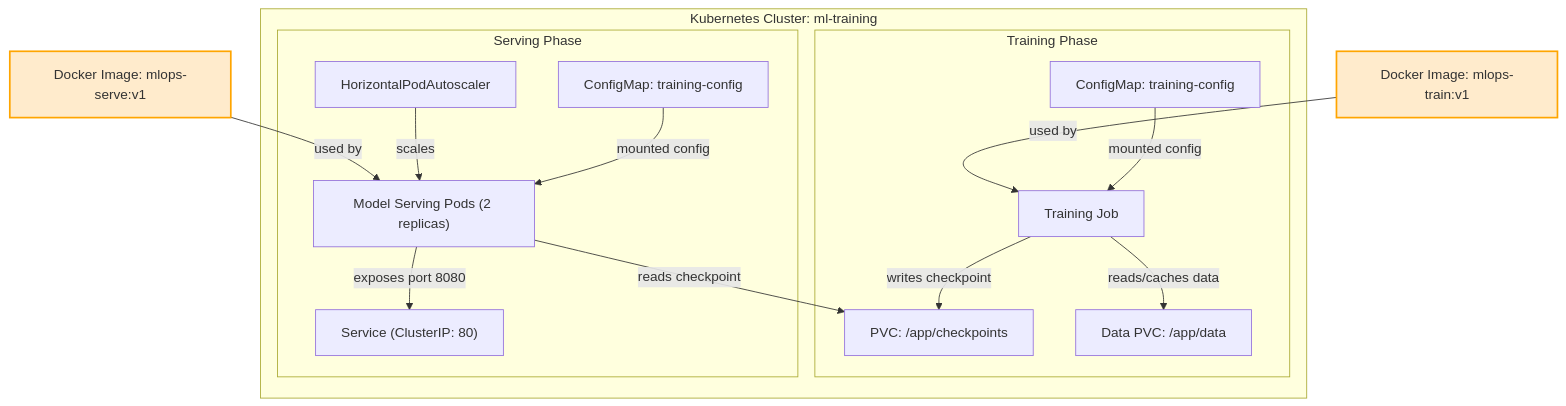
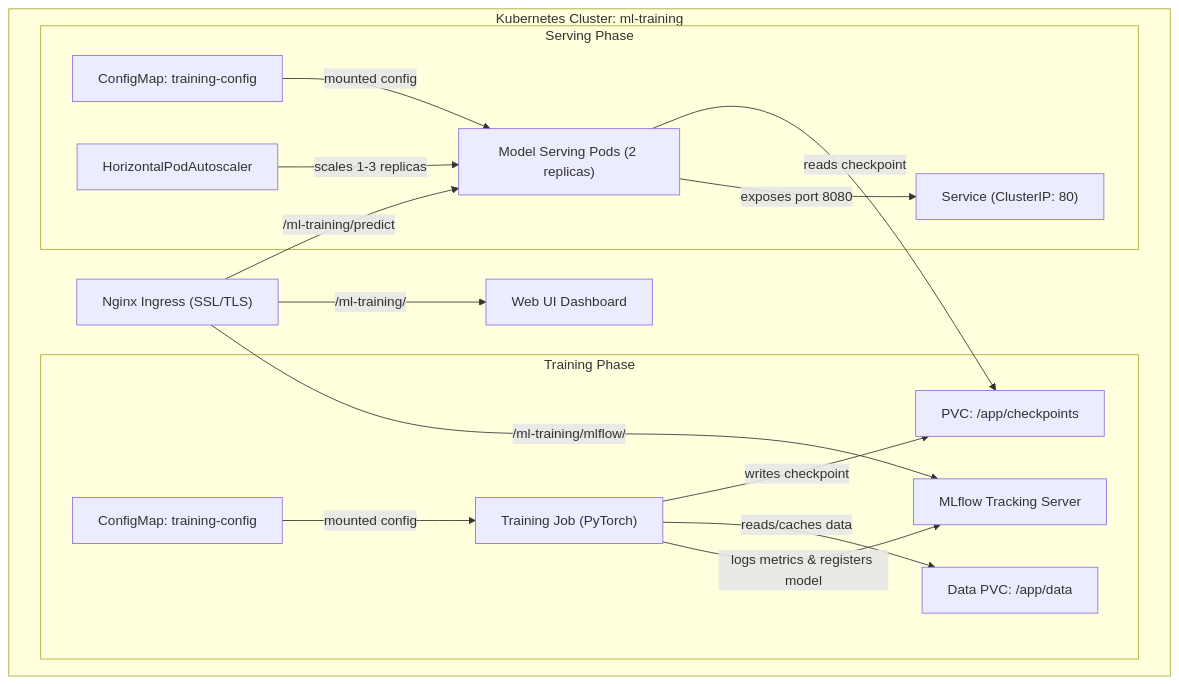
The diagram in README.md (Dphilomath/mlops-pytorch-pipeline), drawn with Mermaid before and after one commit. The commit also changed other lines of this file, not shown here.

Commit message:
docs: add live cluster deployment URLs, Web UI dashboard link, tech badges, and updated architecture diagram

````diff
--- a/README.md
+++ b/README.md
@@ -6,20 +32,22 @@
 ```mermaid
 flowchart TD
     subgraph Cluster["Kubernetes Cluster: ml-training"]
+        Ingress["Nginx Ingress (SSL/TLS)"] -->|/ml-training/| WebUI["Web UI Dashboard"]
+        Ingress -->|/ml-training/predict| S["Model Serving Pods (2 replicas)"]
+        Ingress -->|/ml-training/mlflow/| MLF["MLflow Tracking Server"]
+        
         subgraph Training["Training Phase"]
-            T["Training Job"] -->|writes checkpoint| PVC["PVC: /app/checkpoints"]
+            T["Training Job (PyTorch)"] -->|writes checkpoint| PVC["PVC: /app/checkpoints"]
             T -->|reads/caches data| DataVol["Data PVC: /app/data"]
             CM1["ConfigMap: training-config"] -->|mounted config| T
+            T -->|logs metrics & registers model| MLF
         end
+        
         subgraph Serving["Serving Phase"]
-            S["Model Serving Pods (2 replicas)"] -->|reads checkpoint| PVC
+            S -->|reads checkpoint| PVC
             CM2["ConfigMap: training-config"] -->|mounted config| S
             S -->|exposes port 8080| Service["Service (ClusterIP: 80)"]
-            HPA["HorizontalPodAutoscaler"] -->|scales| S
+            HPA["HorizontalPodAutoscaler"] -->|scales 1-3 replicas| S
         end
     end
-    DockerImageTrain["Docker Image: mlops-train:v1"] -->|used by| T
-    DockerImageServe["Docker Image: mlops-serve:v1"] -->|used by| S
-    classDef orange fill:#ffebcc,stroke:#ffa500,stroke-width:2px;
-    class DockerImageTrain,DockerImageServe orange;
 ```
````
